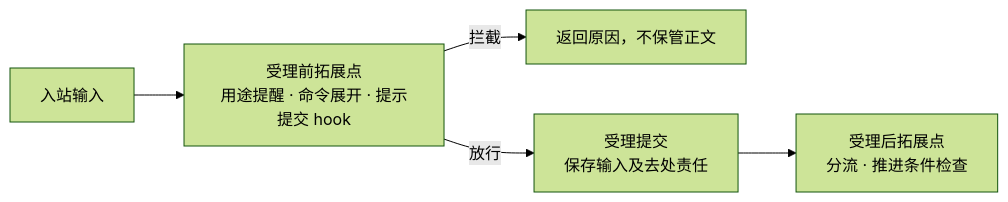
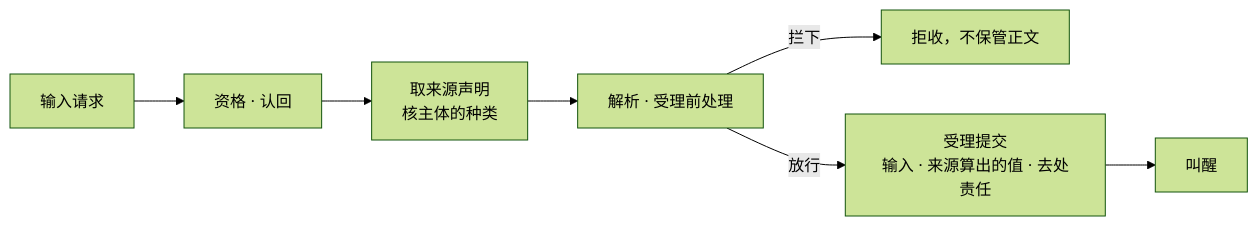
Before and after one commit to nemori-ai/omne-harness-lite: the fourth of 9 diagrams in docs/architecture/runtime/session-and-run.md, drawn with Mermaid (forest theme). The commit also changed other lines of this file and 3 other files, not shown here.

First line of the commit message:
docs(frontend,notification,architecture): 外壳的瞬时提示落盘；通知跟上租户级作用域；运行时架构页的受理一节改到输入来源

````diff
--- a/docs/architecture/runtime/session-and-run.md
+++ b/docs/architecture/runtime/session-and-run.md
@@ -181,7 +183,9 @@
 ```mermaid
 flowchart LR
-    Arrive[入站输入] --> Before[受理前拓展点<br/>用途提醒 · 命令展开 · 提示提交 hook]
-    Before -->|拦截| Stop[返回原因，不保管正文]
-    Before -->|放行| Commit[受理提交<br/>保存输入及去处责任]
-    Commit --> After[受理后拓展点<br/>分流 · 推进条件检查]
+    Arrive[输入请求] --> Recall[资格 · 认回]
+    Recall --> Source[取来源声明<br/>核主体的种类]
+    Source --> Before[解析 · 受理前处理]
+    Before -->|拦下| Stop[拒收，不保管正文]
+    Before -->|放行| Commit[受理提交<br/>输入 · 来源算出的值 · 去处责任]
+    Commit --> Wake[叫醒]
 ```
````
